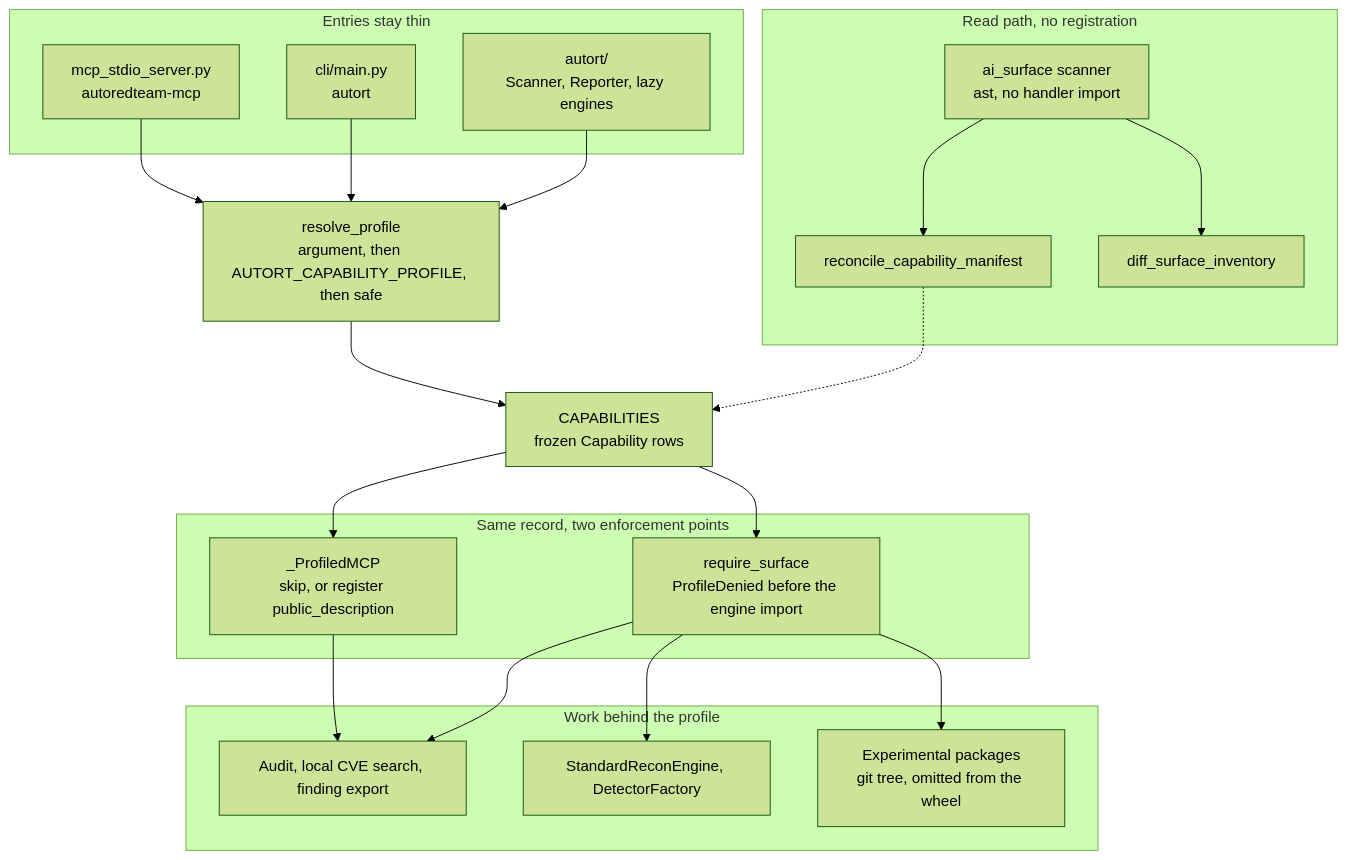
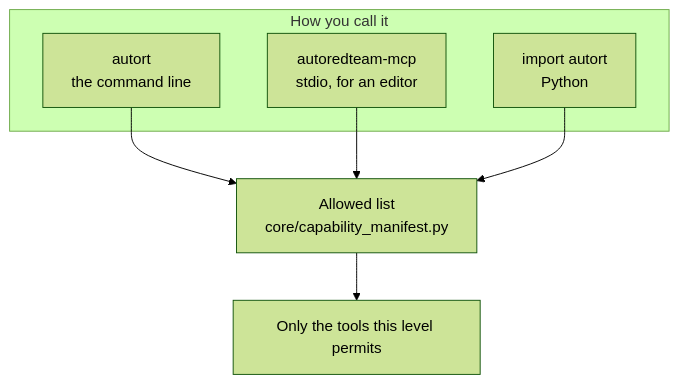
Before and after one commit to Coff0xc/AutoRedTeam-Orchestrator: the second of 12 diagrams in README.md, drawn with Mermaid (forest theme). The commit also changed other lines of this file, not shown here.

First line of the commit message:
docs: rewrite the README in plain language with diagrams

````diff
--- a/README.md
+++ b/README.md
@@ -91,42 +55,14 @@
 ```mermaid
 flowchart TB
-  subgraph entries [Entries stay thin]
-    MCP["mcp_stdio_server.py<br/>autoredteam-mcp"]
-    CLI["cli/main.py<br/>autort"]
-    SDK["autort/<br/>Scanner, Reporter, lazy engines"]
+  subgraph doors ["How you call it"]
+    cli["autort<br/>the command line"]
+    mcp["autoredteam-mcp<br/>stdio, for an editor"]
+    sdk["import autort<br/>Python"]
   end
-
-  Resolve["resolve_profile<br/>argument, then AUTORT_CAPABILITY_PROFILE, then safe"]
-  Manifest["CAPABILITIES<br/>frozen Capability rows"]
-
-  subgraph gate [Same record, two enforcement points]
-    Reg["_ProfiledMCP<br/>skip, or register public_description"]
-    Call["require_surface<br/>ProfileDenied before the engine import"]
-  end
-
-  subgraph read [Read path, no registration]
-    AST["ai_surface scanner<br/>ast, no handler import"]
-    Recon["reconcile_capability_manifest"]
-    Diff["diff_surface_inventory"]
-  end
-
-  subgraph work [Work behind the profile]
-    SafeWork["Audit, local CVE search, finding export"]
-    ScanWork["StandardReconEngine, DetectorFactory"]
-    Lab["Experimental packages<br/>git tree, omitted from the wheel"]
-  end
-
-  MCP --> Resolve
-  CLI --> Resolve
-  SDK --> Resolve
-  Resolve --> Manifest
-  Manifest --> Reg
-  Manifest --> Call
-  AST --> Recon
-  Recon -.-> Manifest
-  AST --> Diff
-  Reg --> SafeWork
-  Call --> SafeWork
-  Call --> ScanWork
-  Call --> Lab
+  list["Allowed list<br/>core/capability_manifest.py"]
+  work["Only the tools this level permits"]
+  cli --> list
+  mcp --> list
+  sdk --> list
+  list --> work
 ```
````
